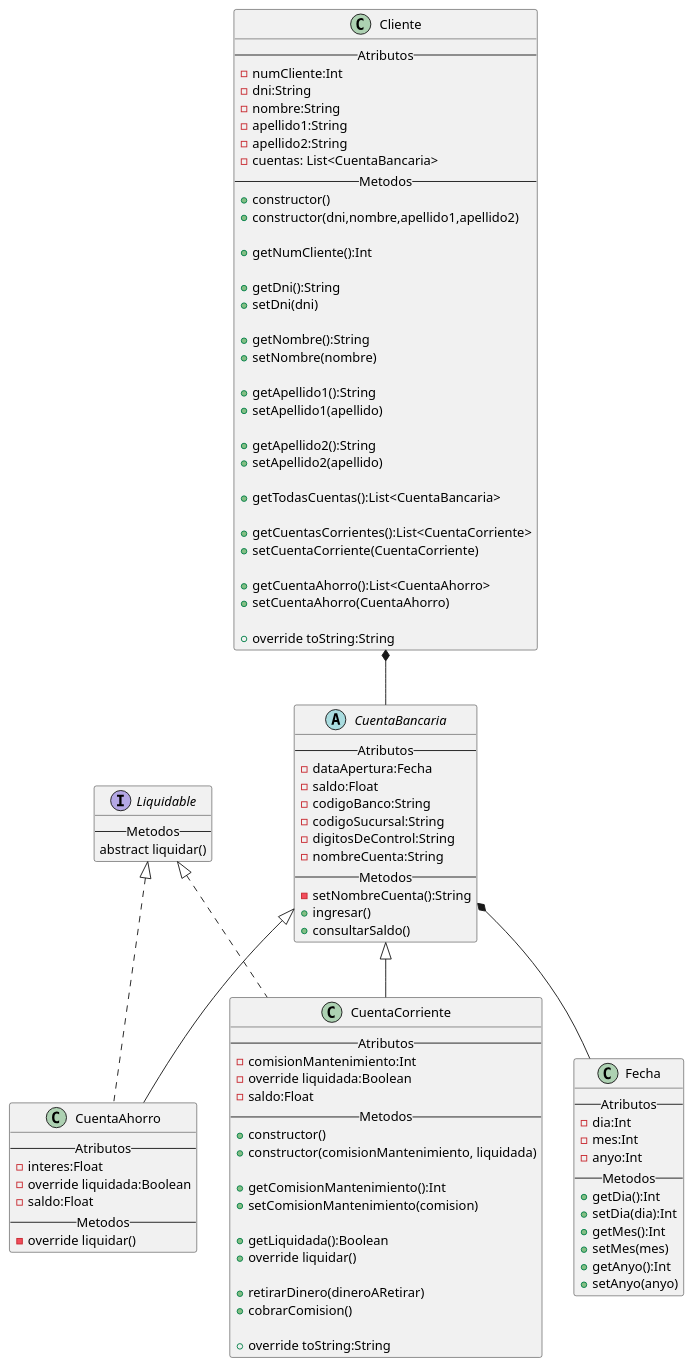
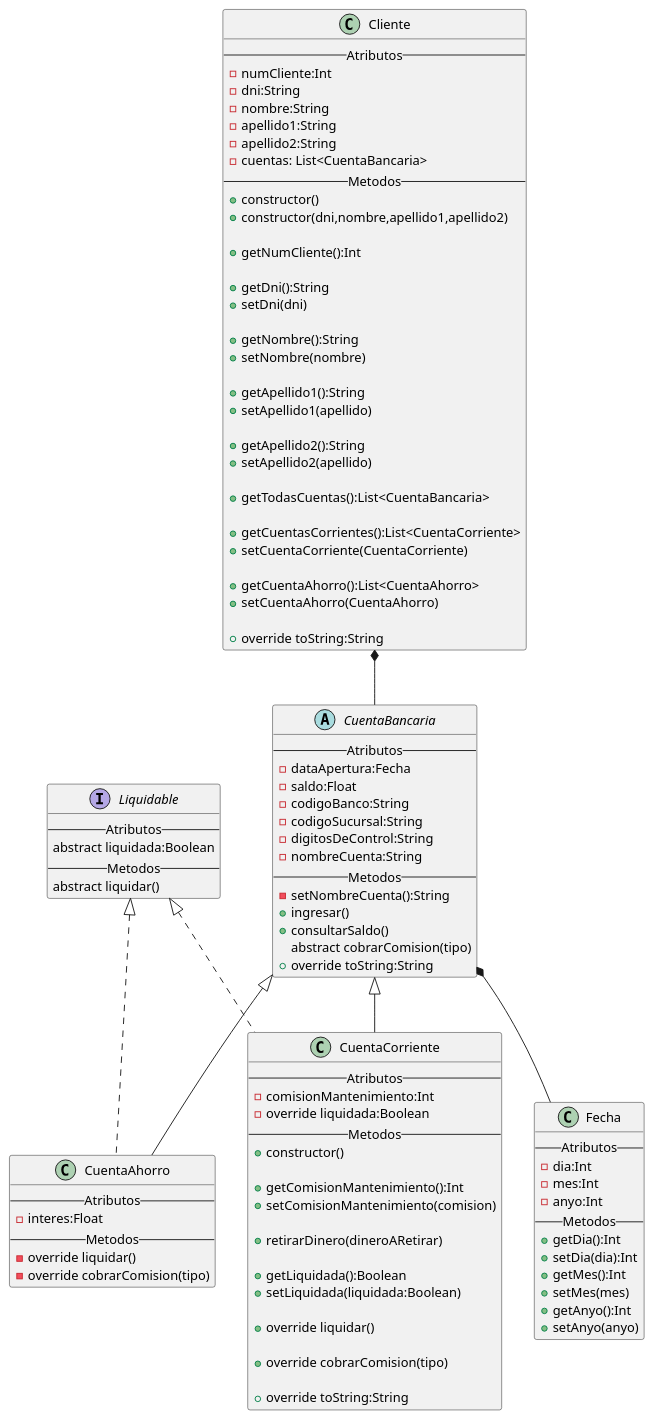
Before and after one commit to MaxDronCode/LadronesLegales: the diagram in src/main/kotlin/uml/DiagramaClases.puml, drawn with PlantUML. The commit also changed 7 other files, not shown here.

Commit message:
Creación Interface Liquidable.kt; Creación Class CuentaCorriente.kt; Mejoras en Data Class Fecha.kt; Actualizaciones UML;

```diff
--- a/src/main/kotlin/uml/DiagramaClases.puml
+++ b/src/main/kotlin/uml/DiagramaClases.puml
@@ -1,117 +1,121 @@
 @startuml
 'https://plantuml.com/class-diagram
 
 class Cliente{
 --Atributos--
 -numCliente:Int
 -dni:String
 -nombre:String
 -apellido1:String
 -apellido2:String
 -cuentas: List<CuentaBancaria>
 --Metodos--
 +constructor()
 +constructor(dni,nombre,apellido1,apellido2)
 
 +getNumCliente():Int
 
 +getDni():String
 +setDni(dni)
 
 +getNombre():String
 +setNombre(nombre)
 
 +getApellido1():String
 +setApellido1(apellido)
 
 +getApellido2():String
 +setApellido2(apellido)
 
 +getTodasCuentas():List<CuentaBancaria>
 
 +getCuentasCorrientes():List<CuentaCorriente>
 +setCuentaCorriente(CuentaCorriente)
 
 +getCuentaAhorro():List<CuentaAhorro>
 +setCuentaAhorro(CuentaAhorro)
 
 +override toString:String
 }
 abstract CuentaBancaria{
 --Atributos--
 -dataApertura:Fecha
 -saldo:Float
 -codigoBanco:String
 -codigoSucursal:String
 -digitosDeControl:String
 -nombreCuenta:String
 --Metodos--
 -setNombreCuenta():String
 +ingresar()
 +consultarSaldo()
+abstract cobrarComision(tipo)
++override toString:String
 }
 
 class CuentaCorriente{
 --Atributos--
 -comisionMantenimiento:Int
 -override liquidada:Boolean
--saldo:Float
 --Metodos--
 +constructor()
-+constructor(comisionMantenimiento, liquidada)
 
 +getComisionMantenimiento():Int
 +setComisionMantenimiento(comision)
 
++retirarDinero(dineroARetirar)
+
 +getLiquidada():Boolean
++setLiquidada(liquidada:Boolean)
+
 +override liquidar()
 
-+retirarDinero(dineroARetirar)
-+cobrarComision()
++override cobrarComision(tipo)
 
 +override toString:String
 }
 
 class CuentaAhorro{
 --Atributos--
 -interes:Float
--override liquidada:Boolean
--saldo:Float
 --Metodos--
 -override liquidar()
+-override cobrarComision(tipo)
 }
 
 interface Liquidable {
+--Atributos--
+abstract liquidada:Boolean
 --Metodos--
 abstract liquidar()
 }
 
 class Fecha {
 --Atributos--
 -dia:Int
 -mes:Int
 -anyo:Int
 --Metodos--
 +getDia():Int
 +setDia(dia):Int
 +getMes():Int
 +setMes(mes)
 +getAnyo():Int
 +setAnyo(anyo)
 }
 
 
 CuentaBancaria <|-- CuentaAhorro
 CuentaBancaria <|-- CuentaCorriente
 CuentaBancaria *-- Fecha
 
 Liquidable <|.. CuentaAhorro
 Liquidable <|.. CuentaCorriente
 
 Cliente *-- CuentaBancaria
 
 
 
 
 
 @enduml
```
